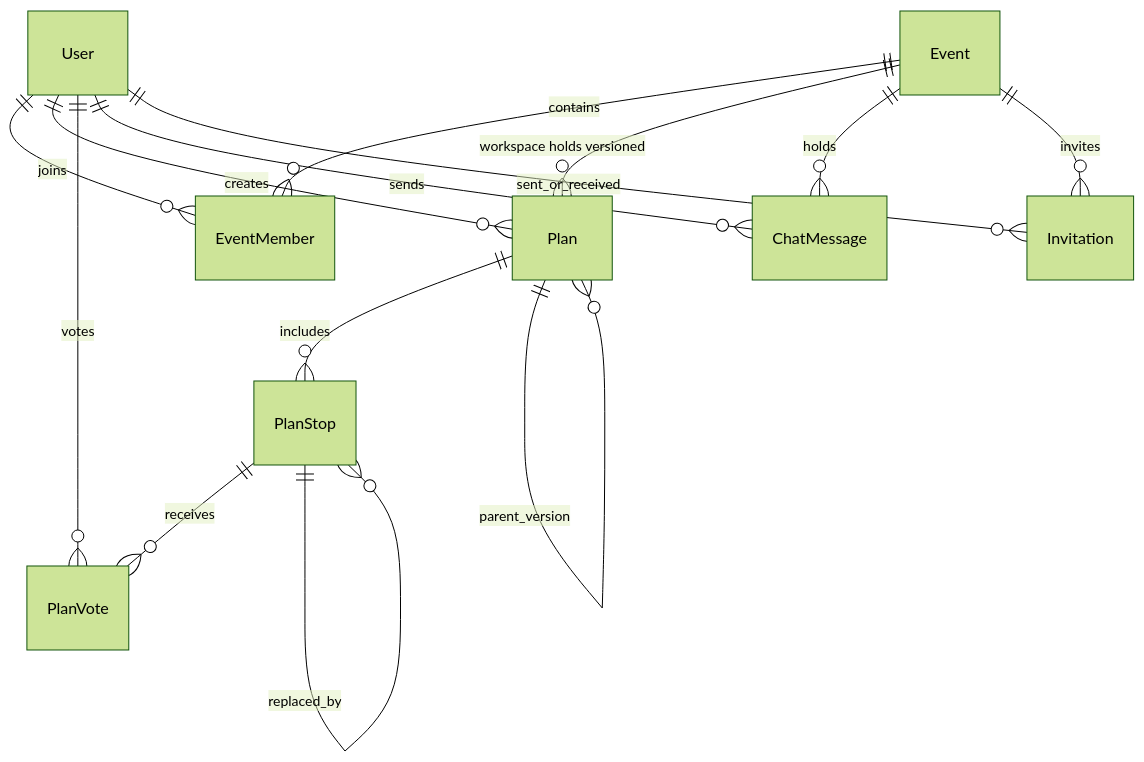
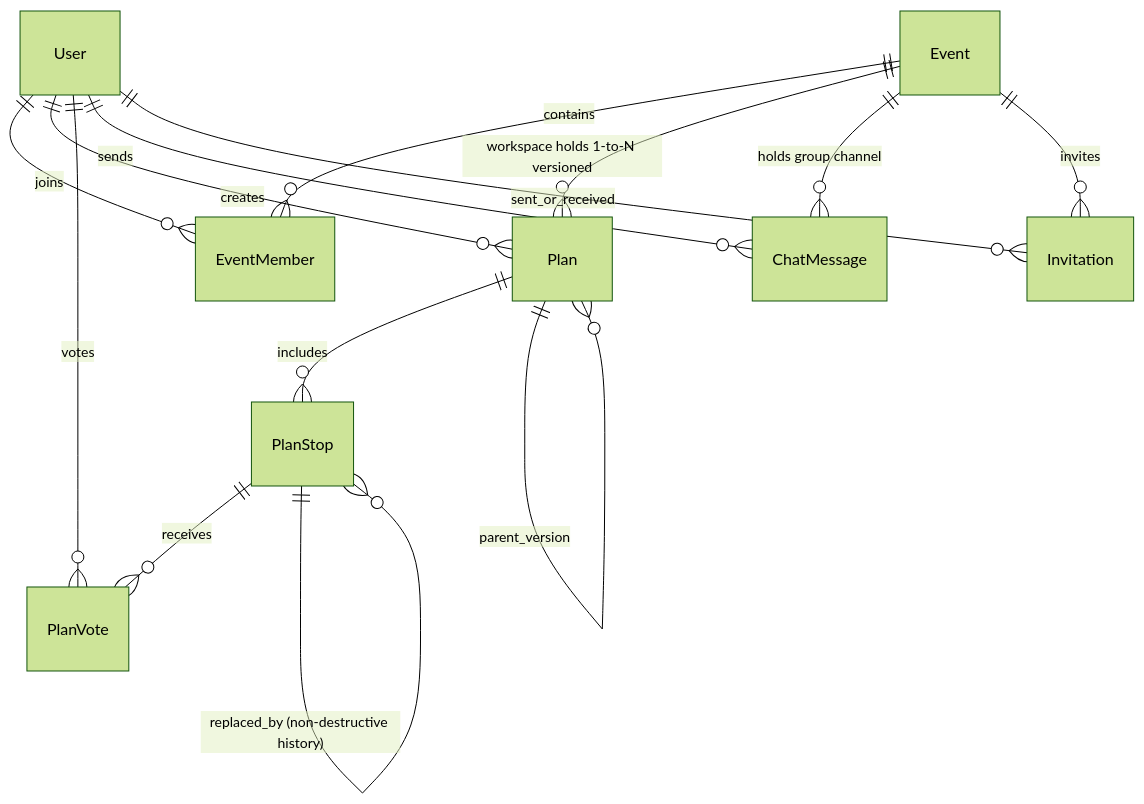
Before and after one commit to b4ck12/Group_Project: the diagram in docs/03-architecture/database-schema.md, drawn with Mermaid (forest theme). The commit also changed other lines of this file and 18 other files, not shown here.

````diff
--- a/docs/03-architecture/database-schema.md
+++ b/docs/03-architecture/database-schema.md
@@ -59,18 +68,18 @@
 ```mermaid
 erDiagram
     User ||--o{ EventMember : joins
     User ||--o{ Plan : creates
     User ||--o{ PlanVote : votes
     User ||--o{ ChatMessage : sends
     User ||--o{ Invitation : sent_or_received
 
     Event ||--o{ EventMember : contains
-    Event ||--o{ Plan : "workspace holds versioned"
-    Event ||--o{ ChatMessage : holds
+    Event ||--o{ Plan : "workspace holds 1-to-N versioned"
+    Event ||--o{ ChatMessage : "holds group channel"
     Event ||--o{ Invitation : invites
 
     Plan ||--o{ PlanStop : includes
     Plan ||--o{ Plan : "parent_version"
     PlanStop ||--o{ PlanVote : receives
-    PlanStop ||--o{ PlanStop : "replaced_by"
+    PlanStop ||--o{ PlanStop : "replaced_by (non-destructive history)"
 ```
````
